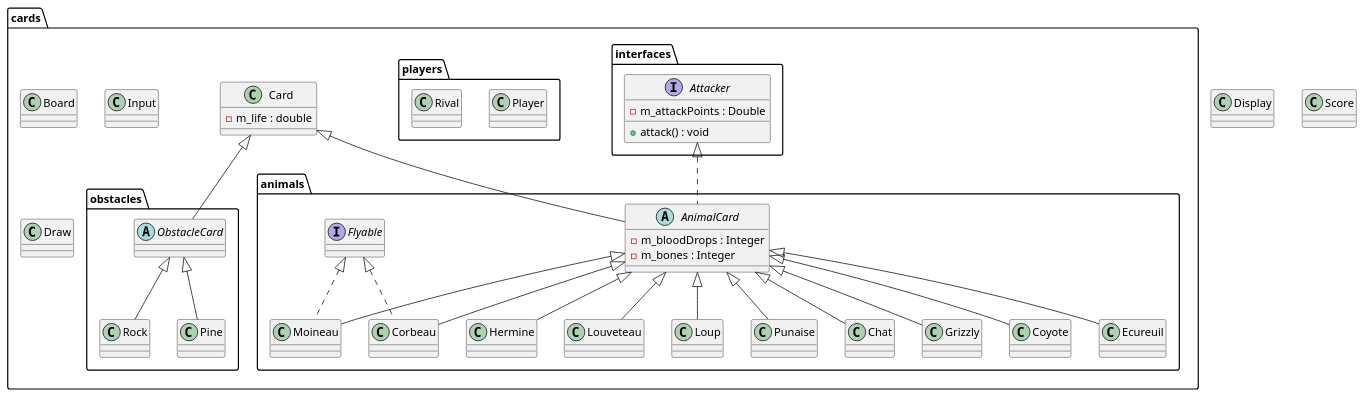
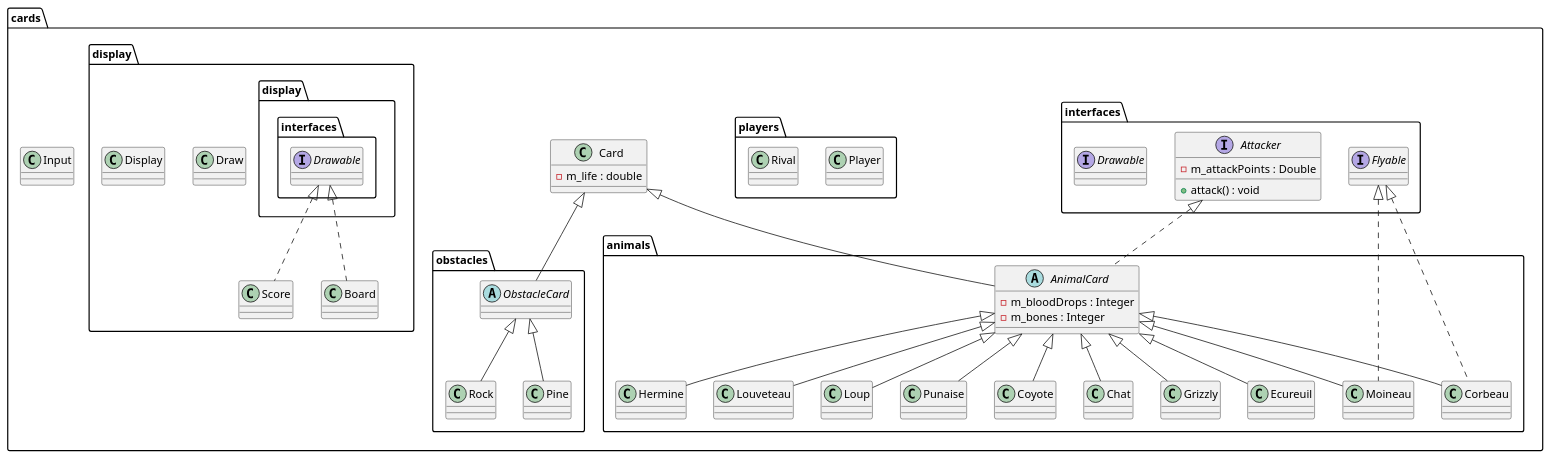
One commit to bowserdawg/Java-Jeux-Inscryption changed the diagram in uml/main.puml. Above: the diagram before and after it, drawn with PlantUML.

Commit message:
Ajout de packages et classes et indentation

```diff
--- a/uml/main.puml
+++ b/uml/main.puml
@@ -1,59 +1,82 @@
 @startuml
 
-class Display{
-}
-class Score{
-}
+
+
 
 
 package cards{
-package interfaces{
-    interface Attacker {
-        -m_attackPoints : Double
-        +attack() : void
+    package interfaces{
+        interface Attacker {
+            -m_attackPoints : Double
+            +attack() : void
+        }
+
+        interface Flyable{
+
+        }
+
+        interface Drawable{
+
+        }
     }
-}
+
     class Card{
         -m_life : double
     }
 
 
 
     package obstacles{
         abstract class ObstacleCard extends cards.Card{}
         class Rock extends ObstacleCard{}
         class Pine extends ObstacleCard{}
     }
     package animals{
 
         abstract class AnimalCard extends cards.Card implements cards.interfaces.Attacker{
             -m_bloodDrops : Integer
             -m_bones : Integer
         }
 
         class Chat extends AnimalCard{}
         class Grizzly extends AnimalCard{}
         class Coyote extends AnimalCard{}
-        class Moineau extends AnimalCard implements Flyable{}
-        class Corbeau extends AnimalCard implements Flyable{}
+        class Moineau extends AnimalCard implements cards.interfaces.Flyable{}
+        class Corbeau extends AnimalCard implements cards.interfaces.Flyable{}
         class Ecureuil extends AnimalCard{}
         class Hermine extends AnimalCard{}
         class Louveteau extends AnimalCard{}
         class Loup extends AnimalCard{}
         class Punaise extends AnimalCard{}
     }
 
-class Board{
+
+
+
+    class Input{
+    }
+
+    package players{
+        class Player{
+        }
+        class Rival{
+        }
+
+    }
+
+
+    package display{
+
+        class Score implements display.interfaces.Drawable{
+        }
+        class Draw{
+        }
+
+        class Display{
+        }
+
+        class Board implements display.interfaces.Drawable{
+        }
+    }
 }
-class Input{
-}
-class Draw{
-}
-package players{
-class Player{
-}
-class Rival{
-}
-}
-
 @enduml
```
